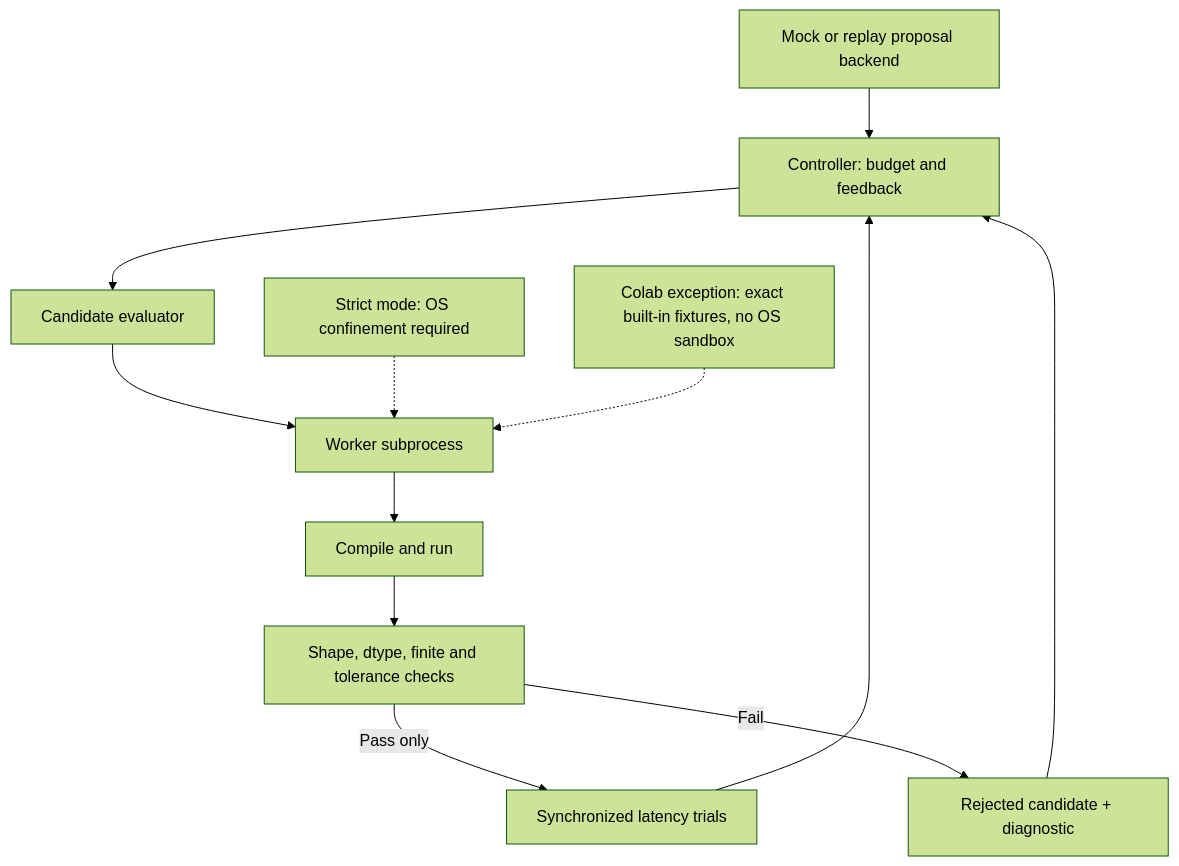
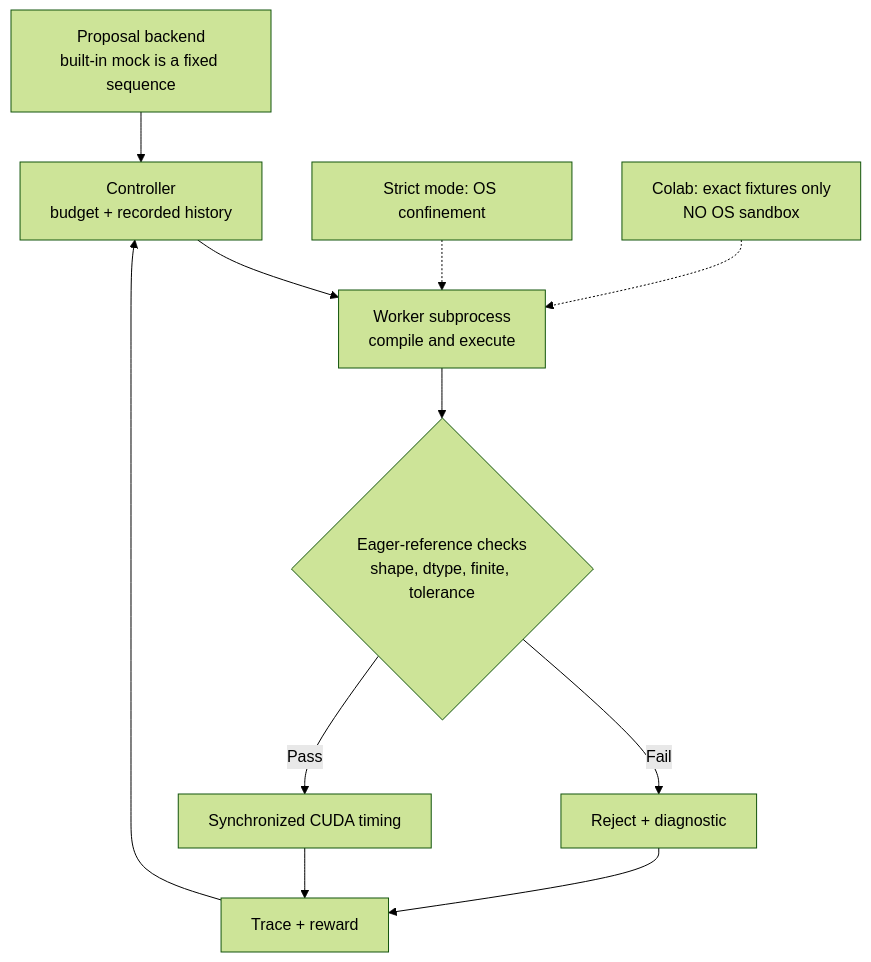
The second of 2 diagrams in README.md (pkarakala/kernel-relay), drawn with Mermaid (forest theme) before and after one commit. The commit also changed other lines of this file, not shown here.

````diff
--- a/README.md
+++ b/README.md
@@ -64,14 +72,13 @@
 ```mermaid
 flowchart TB
-    A[Mock or replay proposal backend] --> B[Controller: budget and feedback]
-    B --> C[Candidate evaluator]
-    C --> D[Worker subprocess]
-    D --> E[Compile and run]
-    E --> F[Shape, dtype, finite and tolerance checks]
-    F -->|Pass only| G[Synchronized latency trials]
-    F -->|Fail| H[Rejected candidate + diagnostic]
-    G --> B
-    H --> B
-    I[Strict mode: OS confinement required] -.-> D
-    J[Colab exception: exact built-in fixtures, no OS sandbox] -.-> D
+    P["Proposal backend<br/>built-in mock is a fixed sequence"] --> C["Controller<br/>budget + recorded history"]
+    C --> W["Worker subprocess<br/>compile and execute"]
+    W --> V{"Eager-reference checks<br/>shape, dtype, finite, tolerance"}
+    V -- Fail --> R["Reject + diagnostic"]
+    V -- Pass --> B["Synchronized CUDA timing"]
+    R --> T["Trace + reward"]
+    B --> T
+    T --> C
+    S["Strict mode: OS confinement"] -.-> W
+    F["Colab: exact fixtures only<br/>NO OS sandbox"] -.-> W
 ```
````
